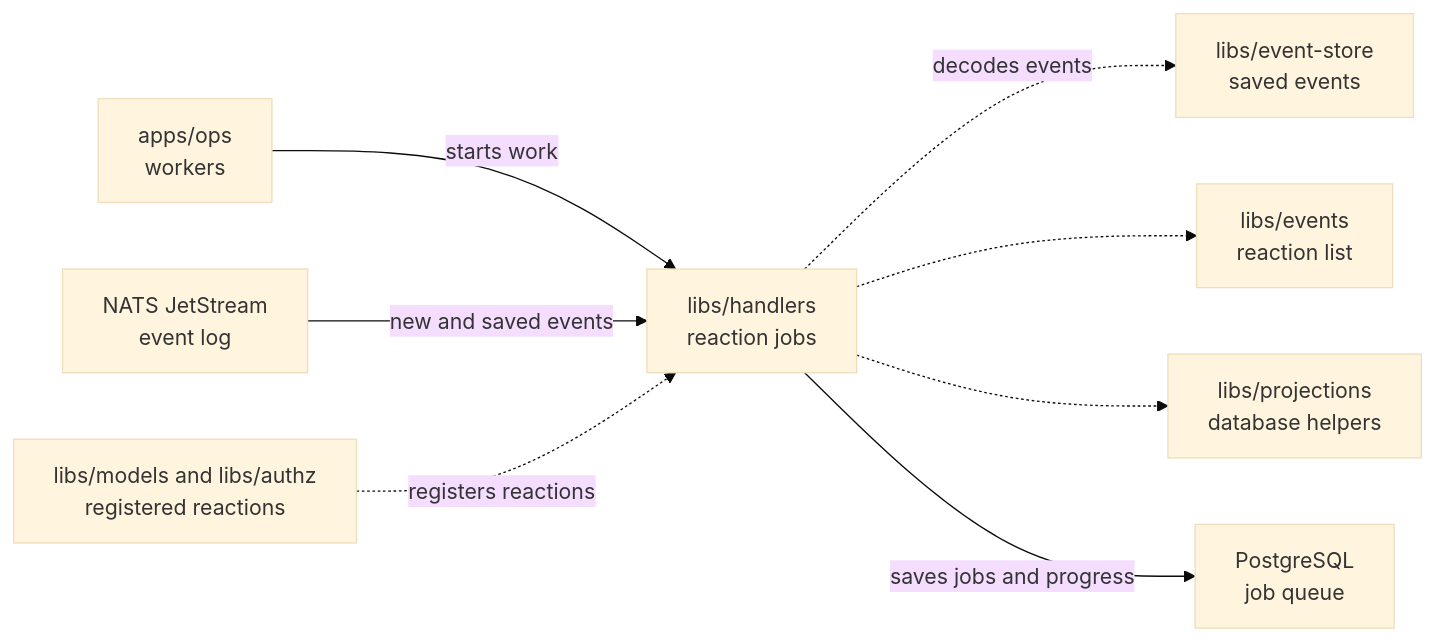
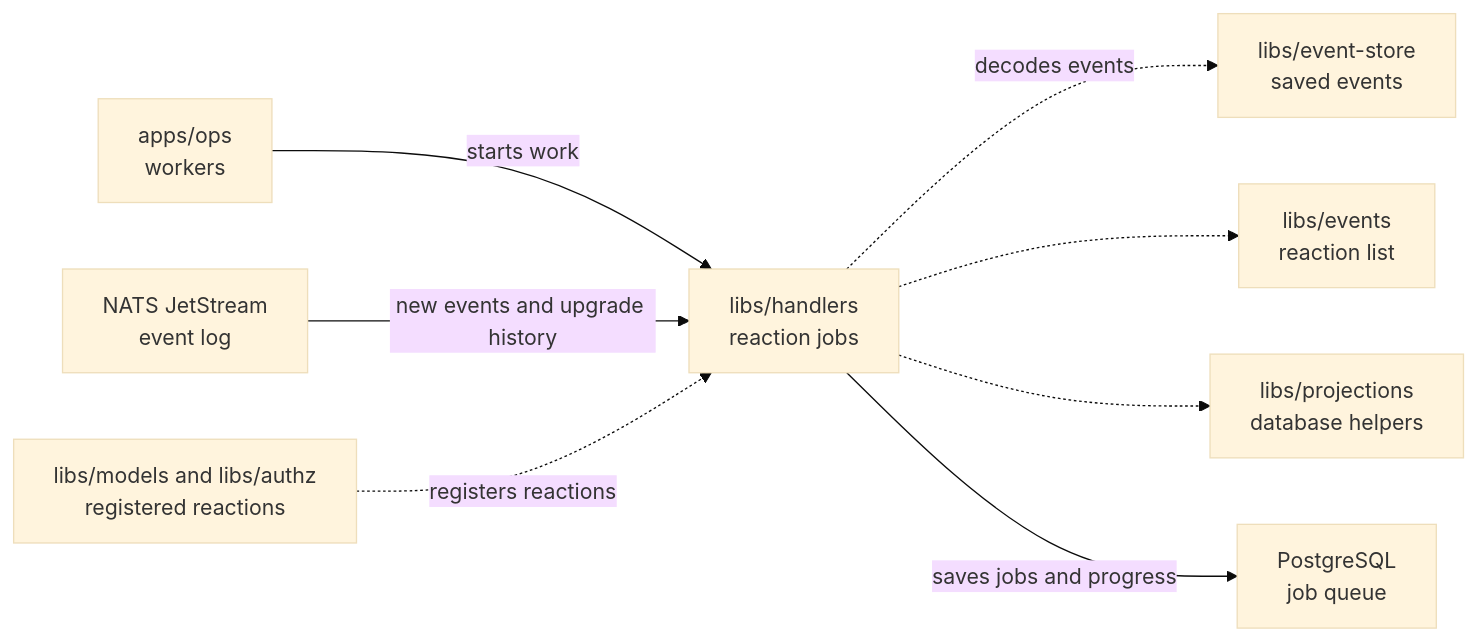
Before and after one commit to elewa-git/opencrane-new: the diagram in libs/handlers/README.md, drawn with Mermaid (base theme). The commit also changed other lines of this file and 8 other files, not shown here.

````diff
--- a/libs/handlers/README.md
+++ b/libs/handlers/README.md
@@ -28,10 +28,10 @@
 ```mermaid
 flowchart LR
   ops["apps/ops<br/>workers"] -->|starts work| handlers["libs/handlers<br/>reaction jobs"]
-  nats["NATS JetStream<br/>event log"] -->|new and saved events| handlers
+  nats["NATS JetStream<br/>event log"] -->|new events and upgrade history| handlers
   reactions["libs/models and libs/authz<br/>registered reactions"] -.->|registers reactions| handlers
   handlers -.->|decodes events| store["libs/event-store<br/>saved events"]
   handlers -.-> events["libs/events<br/>reaction list"]
   handlers -.-> projections["libs/projections<br/>database helpers"]
   handlers -->|saves jobs and progress| pg["PostgreSQL<br/>job queue"]
 ```
````
